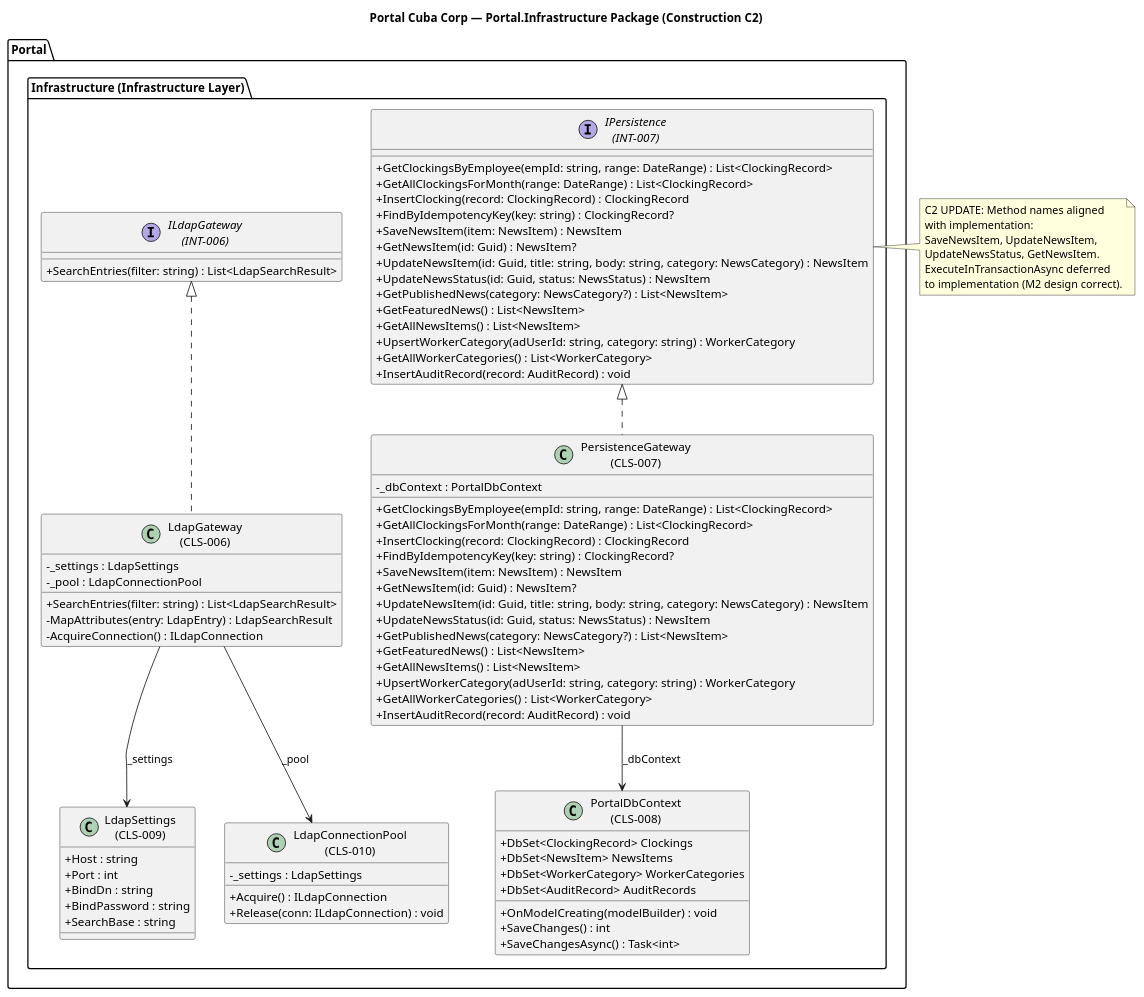
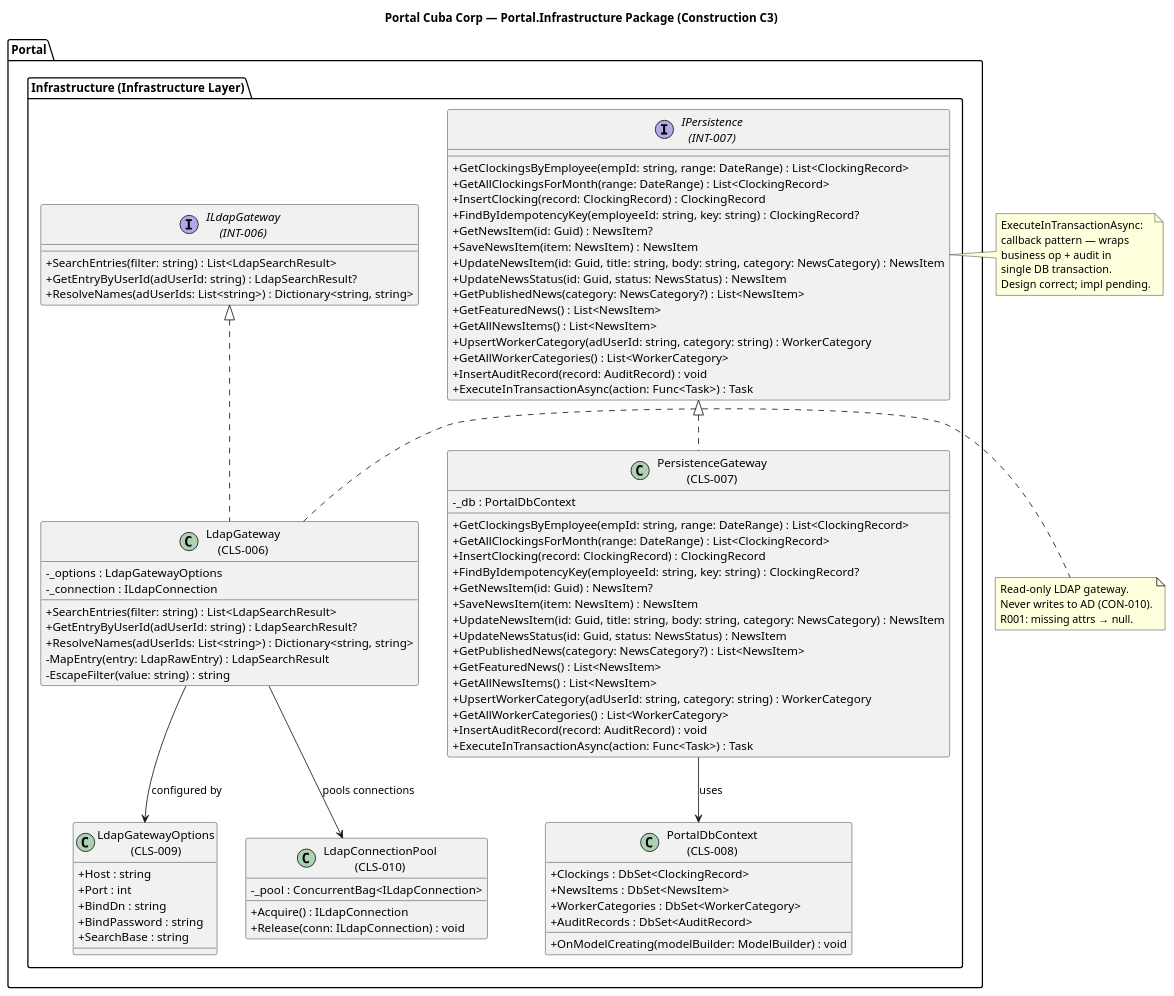
One commit to banense-test/portal-cuba-corp changed diagram 13 of 32 in docs/artifacts/analysis---design/design-model.md. Above: the diagram before and after it, drawn with PlantUML. The commit also changed other lines of this file, not shown here.

First line of the commit message:
Designer [C3]: upsert Design Model

````diff
--- a/docs/artifacts/analysis---design/design-model.md
+++ b/docs/artifacts/analysis---design/design-model.md
@@ -968,6 +952,6 @@
 ```plantuml
 @startuml
-title Portal Cuba Corp — Portal.Infrastructure Package (Construction C2)
+title Portal Cuba Corp — Portal.Infrastructure Package (Construction C3)
 
 skinparam classAttributeIconSize 0
 
@@ -975,23 +959,41 @@
 
   interface "ILdapGateway\n(INT-006)" as INT006 {
     + SearchEntries(filter: string) : List<LdapSearchResult>
+    + GetEntryByUserId(adUserId: string) : LdapSearchResult?
+    + ResolveNames(adUserIds: List<string>) : Dictionary<string, string>
   }
 
   class "LdapGateway\n(CLS-006)" as CLS006 {
-    - _settings : LdapSettings
-    - _pool : LdapConnectionPool
+    - _options : LdapGatewayOptions
+    - _connection : ILdapConnection
     + SearchEntries(filter: string) : List<LdapSearchResult>
-    - MapAttributes(entry: LdapEntry) : LdapSearchResult
-    - AcquireConnection() : ILdapConnection
+    + GetEntryByUserId(adUserId: string) : LdapSearchResult?
+    + ResolveNames(adUserIds: List<string>) : Dictionary<string, string>
+    - MapEntry(entry: LdapRawEntry) : LdapSearchResult
+    - EscapeFilter(value: string) : string
+  }
+
+  class "LdapGatewayOptions\n(CLS-009)" as CLS009 {
+    + Host : string
+    + Port : int
+    + BindDn : string
+    + BindPassword : string
+    + SearchBase : string
+  }
+
+  class "LdapConnectionPool\n(CLS-010)" as CLS010 {
+    - _pool : ConcurrentBag<ILdapConnection>
+    + Acquire() : ILdapConnection
+    + Release(conn: ILdapConnection) : void
   }
 
   interface "IPersistence\n(INT-007)" as INT007 {
     + GetClockingsByEmployee(empId: string, range: DateRange) : List<ClockingRecord>
     + GetAllClockingsForMonth(range: DateRange) : List<ClockingRecord>
     + InsertClocking(record: ClockingRecord) : ClockingRecord
-    + FindByIdempotencyKey(key: string) : ClockingRecord?
+    + FindByIdempotencyKey(employeeId: string, key: string) : ClockingRecord?
+    + GetNewsItem(id: Guid) : NewsItem?
     + SaveNewsItem(item: NewsItem) : NewsItem
-    + GetNewsItem(id: Guid) : NewsItem?
     + UpdateNewsItem(id: Guid, title: string, body: string, category: NewsCategory) : NewsItem
     + UpdateNewsStatus(id: Guid, status: NewsStatus) : NewsItem
     + GetPublishedNews(category: NewsCategory?) : List<NewsItem>
@@ -1000,16 +1002,17 @@
     + UpsertWorkerCategory(adUserId: string, category: string) : WorkerCategory
     + GetAllWorkerCategories() : List<WorkerCategory>
     + InsertAuditRecord(record: AuditRecord) : void
+    + ExecuteInTransactionAsync(action: Func<Task>) : Task
   }
 
   class "PersistenceGateway\n(CLS-007)" as CLS007 {
-    - _dbContext : PortalDbContext
+    - _db : PortalDbContext
     + GetClockingsByEmployee(empId: string, range: DateRange) : List<ClockingRecord>
     + GetAllClockingsForMonth(range: DateRange) : List<ClockingRecord>
     + InsertClocking(record: ClockingRecord) : ClockingRecord
-    + FindByIdempotencyKey(key: string) : ClockingRecord?
+    + FindByIdempotencyKey(employeeId: string, key: string) : ClockingRecord?
+    + GetNewsItem(id: Guid) : NewsItem?
     + SaveNewsItem(item: NewsItem) : NewsItem
-    + GetNewsItem(id: Guid) : NewsItem?
     + UpdateNewsItem(id: Guid, title: string, body: string, category: NewsCategory) : NewsItem
     + UpdateNewsStatus(id: Guid, status: NewsStatus) : NewsItem
     + GetPublishedNews(category: NewsCategory?) : List<NewsItem>
@@ -1018,46 +1021,36 @@
     + UpsertWorkerCategory(adUserId: string, category: string) : WorkerCategory
     + GetAllWorkerCategories() : List<WorkerCategory>
     + InsertAuditRecord(record: AuditRecord) : void
+    + ExecuteInTransactionAsync(action: Func<Task>) : Task
   }
 
   class "PortalDbContext\n(CLS-008)" as CLS008 {
-    + DbSet<ClockingRecord> Clockings
-    + DbSet<NewsItem> NewsItems
-    + DbSet<WorkerCategory> WorkerCategories
-    + DbSet<AuditRecord> AuditRecords
-    + OnModelCreating(modelBuilder) : void
-    + SaveChanges() : int
-    + SaveChangesAsync() : Task<int>
-  }
-
-  class "LdapSettings\n(CLS-009)" as CLS009 {
-    + Host : string
-    + Port : int
-    + BindDn : string
-    + BindPassword : string
-    + SearchBase : string
-  }
-
-  class "LdapConnectionPool\n(CLS-010)" as CLS010 {
-    - _settings : LdapSettings
-    + Acquire() : ILdapConnection
-    + Release(conn: ILdapConnection) : void
+    + Clockings : DbSet<ClockingRecord>
+    + NewsItems : DbSet<NewsItem>
+    + WorkerCategories : DbSet<WorkerCategory>
+    + AuditRecords : DbSet<AuditRecord>
+    + OnModelCreating(modelBuilder: ModelBuilder) : void
   }
 }
 
 INT006 <|.. CLS006
 INT007 <|.. CLS007
-CLS007 --> CLS008 : _dbContext
-CLS006 --> CLS009 : _settings
-CLS006 --> CLS010 : _pool
+CLS007 --> CLS008 : uses
+CLS006 --> CLS009 : configured by
+CLS006 --> CLS010 : pools connections
 
 note right of INT007
-  C2 UPDATE: Method names aligned
-  with implementation:
-  SaveNewsItem, UpdateNewsItem,
-  UpdateNewsStatus, GetNewsItem.
-  ExecuteInTransactionAsync deferred
-  to implementation (M2 design correct).
+  ExecuteInTransactionAsync:
+  callback pattern — wraps
+  business op + audit in
+  single DB transaction.
+  Design correct; impl pending.
+end note
+
+note right of CLS006
+  Read-only LDAP gateway.
+  Never writes to AD (CON-010).
+  R001: missing attrs → null.
 end note
 
 @enduml
````
